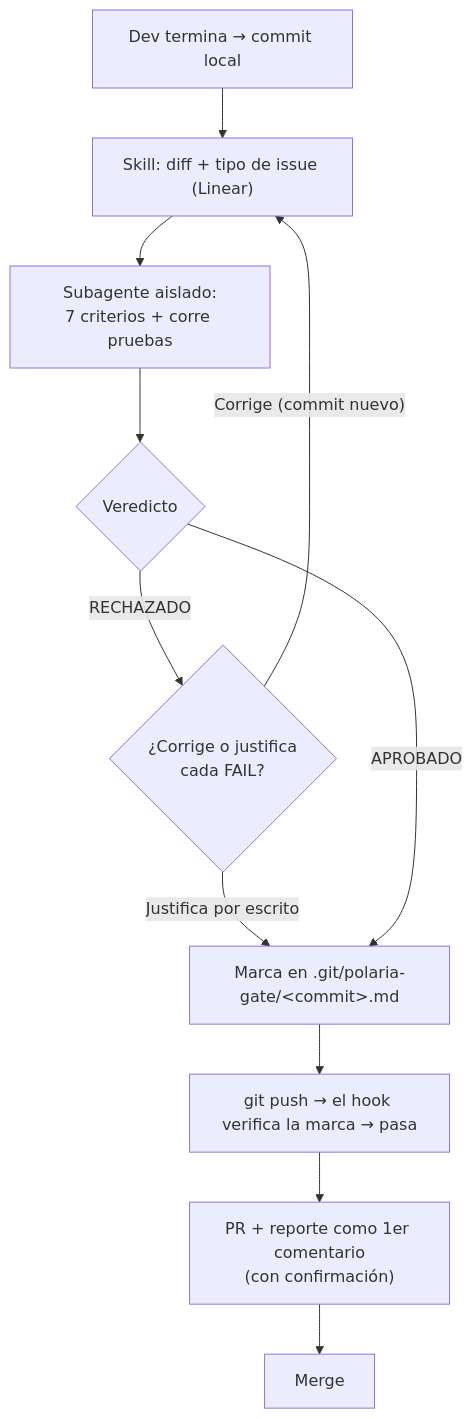
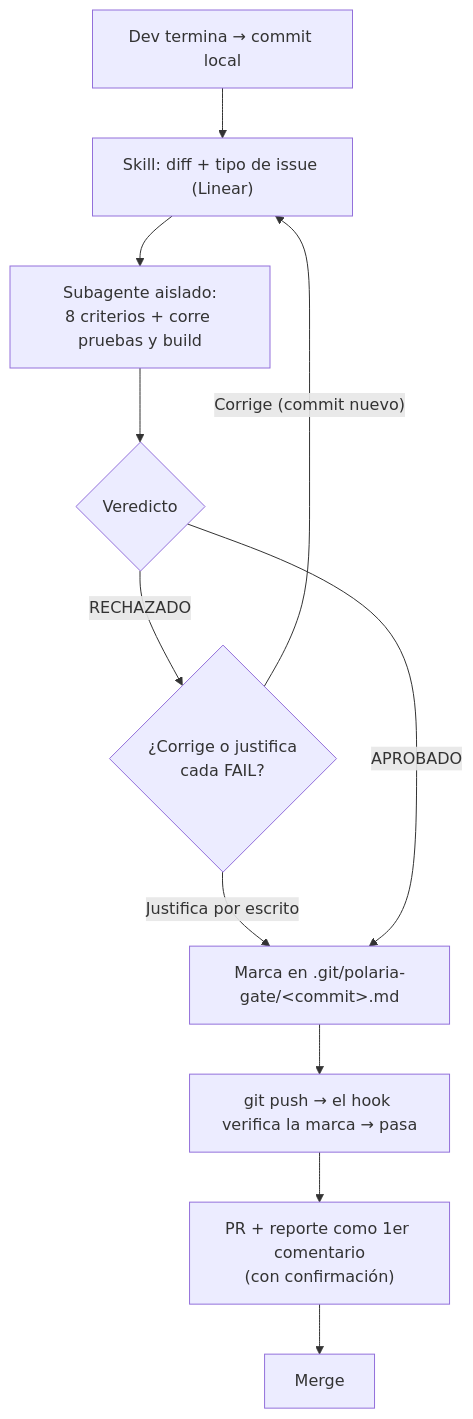
Before and after one commit to PolariaTech/polaria-agent-plugins: the diagram in plugins/gate-calidad-tecnica/skills/gate-calidad-tecnica-pre-merge-polaria/references/GATE_DE_CALIDAD_TECNICA_PRE_MERGE_v1.2.md, drawn with Mermaid. The commit also changed other lines of this file and 9 other files, not shown here.

````diff
--- a/plugins/gate-calidad-tecnica/skills/gate-calidad-tecnica-pre-merge-polaria/references/GATE_DE_CALIDAD_TECNICA_PRE_MERGE_v1.2.md
+++ b/plugins/gate-calidad-tecnica/skills/gate-calidad-tecnica-pre-merge-polaria/references/GATE_DE_CALIDAD_TECNICA_PRE_MERGE_v1.2.md
@@ -59,13 +66,13 @@
 ```mermaid
 flowchart TD
     A["Dev termina → commit local"] --> B["Skill: diff + tipo de issue (Linear)"]
-    B --> C["Subagente aislado:<br/>7 criterios + corre pruebas"]
+    B --> C["Subagente aislado:<br/>8 criterios + corre pruebas y build"]
     C --> D{"Veredicto"}
     D -- RECHAZADO --> E{"¿Corrige o justifica<br/>cada FAIL?"}
     E -- "Corrige (commit nuevo)" --> B
     E -- "Justifica por escrito" --> F
     D -- APROBADO --> F["Marca en .git/polaria-gate/&lt;commit&gt;.md"]
     F --> G["git push → el hook verifica la marca → pasa"]
     G --> H["PR + reporte como 1er comentario<br/>(con confirmación)"]
     H --> I["Merge"]
 ```
````
